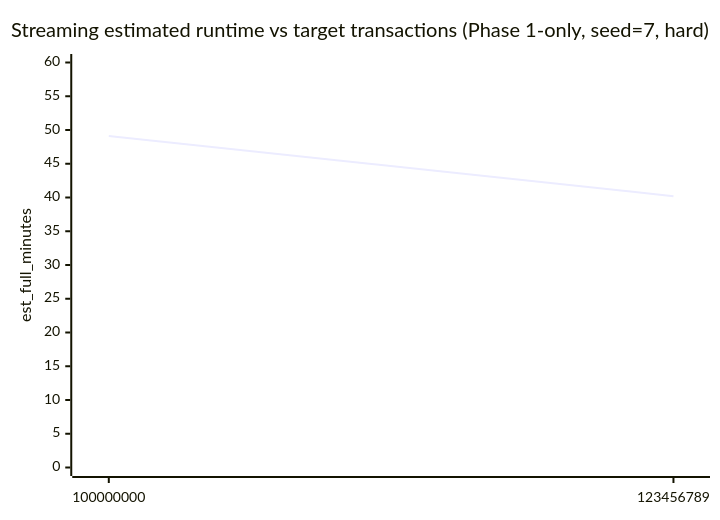
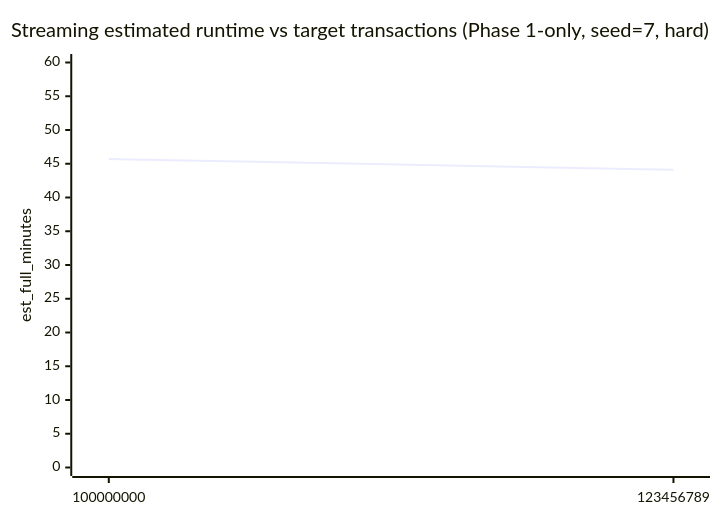
One commit to nguyenbaothienphuc070206/omni_project changed the second of 8 diagrams in README.md. Above: the diagram before and after it, drawn with Mermaid. The commit also changed other lines of this file and 1 other file, not shown here.

````diff
--- a/README.md
+++ b/README.md
@@ -126,7 +126,7 @@
 ```mermaid
 xychart-beta
 	title "Streaming estimated runtime vs target transactions (Phase 1-only, seed=7, hard)"
 	x-axis [100000000, 123456789]
 	y-axis "est_full_minutes" 0 --> 60
-	line [49.1, 40.2]
+	line [45.7, 44.1]
 ```
````
